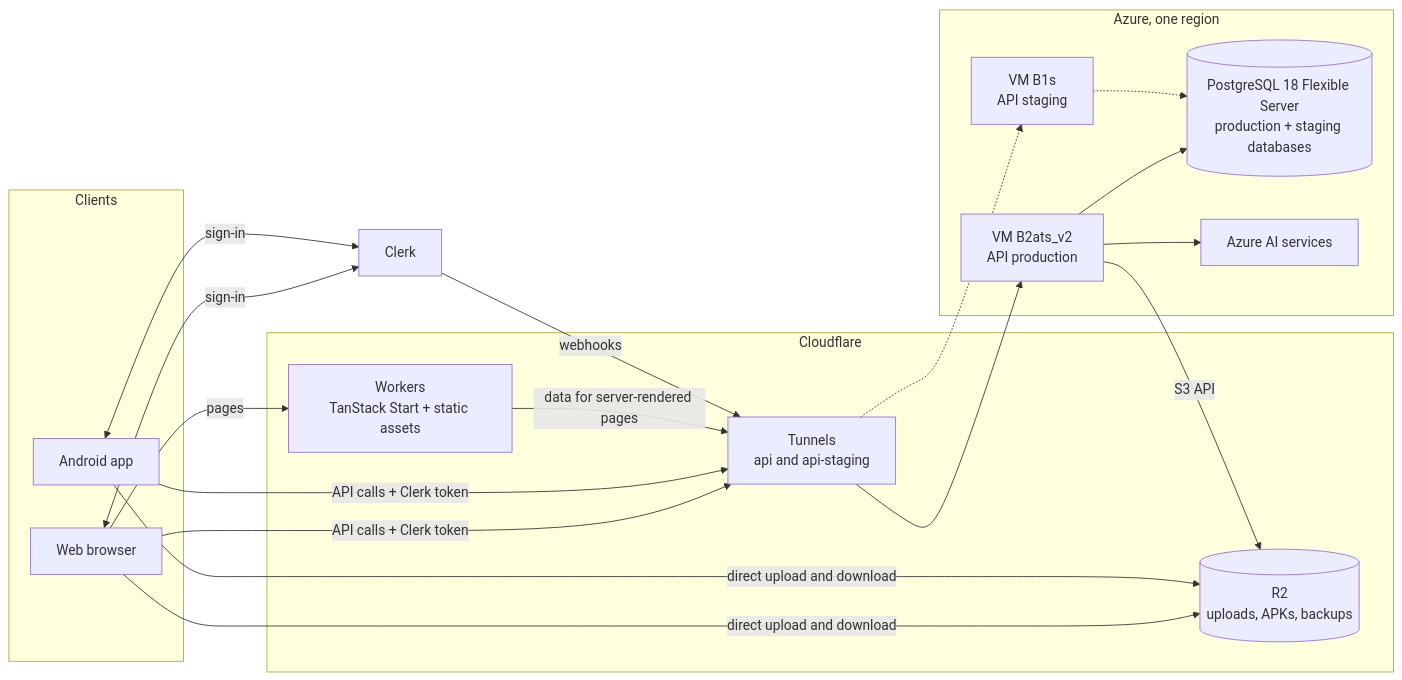
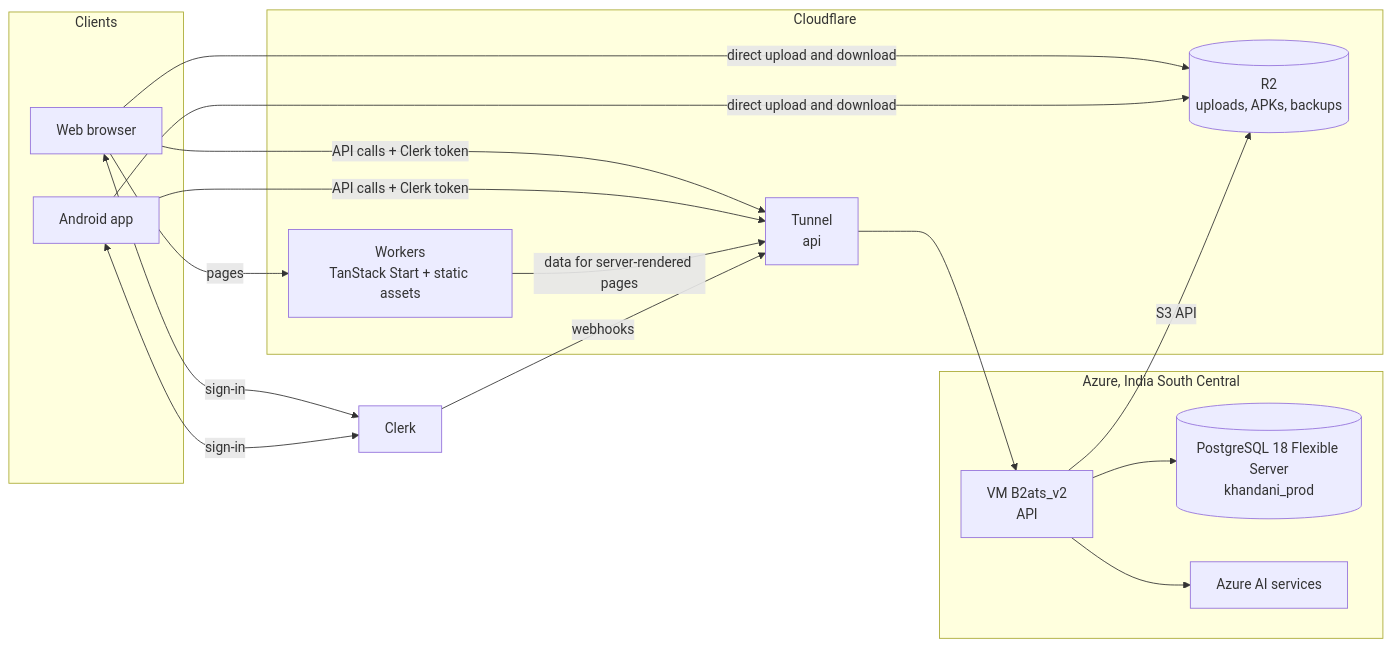
The diagram in docs/tech-stack.md (anas-irf/khandani-rishta), drawn with Mermaid before and after one commit. The commit also changed other lines of this file and 13 other files, not shown here.

````diff
--- a/docs/tech-stack.md
+++ b/docs/tech-stack.md
@@ -50,38 +51,35 @@
 ```mermaid
 flowchart LR
     subgraph Clients
         B[Web browser]
         M[Android app]
     end
 
     subgraph CF[Cloudflare]
         WK[Workers<br/>TanStack Start + static assets]
-        TN[Tunnels<br/>api and api-staging]
+        TN[Tunnel<br/>api]
         R2[(R2<br/>uploads, APKs, backups)]
     end
 
-    subgraph AZ[Azure, one region]
-        VP[VM B2ats_v2<br/>API production]
-        VS[VM B1s<br/>API staging]
-        PG[(PostgreSQL 18 Flexible Server<br/>production + staging databases)]
+    subgraph AZ[Azure, India South Central]
+        VP[VM B2ats_v2<br/>API]
+        PG[(PostgreSQL 18 Flexible Server<br/>khandani_prod)]
         AI[Azure AI services]
     end
 
     CK[Clerk]
 
     B -->|pages| WK
     B -->|API calls + Clerk token| TN
     M -->|API calls + Clerk token| TN
     WK -->|data for server-rendered pages| TN
     TN --> VP
-    TN -.-> VS
     VP --> PG
-    VS -.-> PG
     VP --> AI
     VP -->|S3 API| R2
     B -->|direct upload and download| R2
     M -->|direct upload and download| R2
     B <-->|sign-in| CK
     M <-->|sign-in| CK
     CK -->|webhooks| TN
 ```
````
